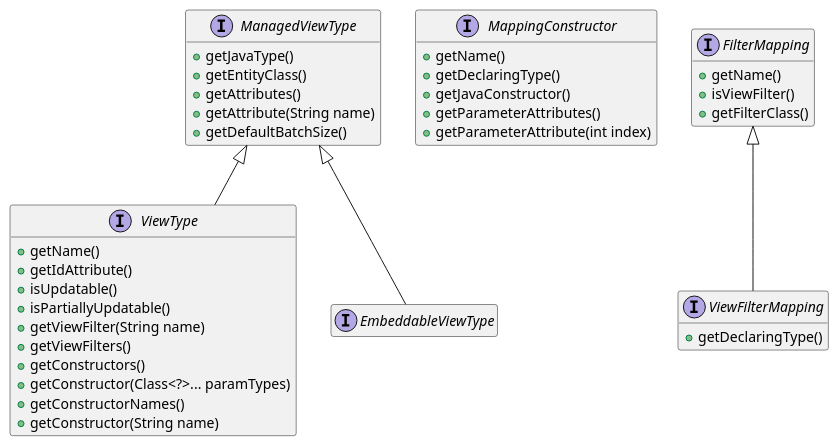
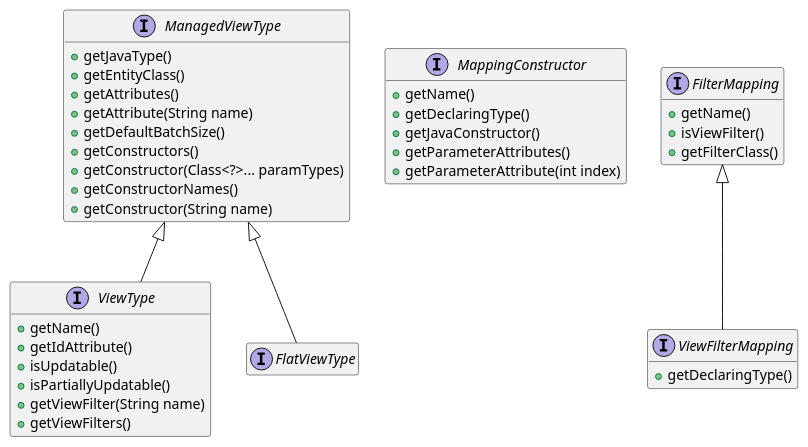
The first of 2 diagrams in documentation/src/main/asciidoc/entity-view/manual/en_US/10_metamodel.adoc (Blazebit/blaze-persistence), drawn with PlantUML before and after one commit. The commit also changed other lines of this file and 114 other files, not shown here.

Commit message:
Fixed #376 and fixed #356 - Replaced embeddable entity views with the concept of flat views. Added support for flat view ids. Implemented function type determination for #212

```diff
--- a/documentation/src/main/asciidoc/entity-view/manual/en_US/10_metamodel.adoc
+++ b/documentation/src/main/asciidoc/entity-view/manual/en_US/10_metamodel.adoc
@@ -8,45 +10,45 @@
 [plantuml, managed-view-types-diagram, alt="Managed view types class diagram", align="center", nolightbox="true"]
 ----
 interface ManagedViewType {
     +getJavaType()
     +getEntityClass()
     +getAttributes()
     +getAttribute(String name)
     +getDefaultBatchSize()
+    +getConstructors()
+    +getConstructor(Class<?>... paramTypes)
+    +getConstructorNames()
+    +getConstructor(String name)
 }
 interface ViewType {
     +getName()
     +getIdAttribute()
     +isUpdatable()
     +isPartiallyUpdatable()
     +getViewFilter(String name)
     +getViewFilters()
-    +getConstructors()
-    +getConstructor(Class<?>... paramTypes)
-    +getConstructorNames()
-    +getConstructor(String name)
 }
-interface EmbeddableViewType {
+interface FlatViewType {
 }
 interface MappingConstructor {
     +getName()
     +getDeclaringType()
     +getJavaConstructor()
     +getParameterAttributes()
     +getParameterAttribute(int index)
 }
 interface FilterMapping {
     +getName()
     +isViewFilter()
     +getFilterClass()
 }
 interface ViewFilterMapping {
     +getDeclaringType()
 }
 ManagedViewType <|-- ViewType
-ManagedViewType <|-- EmbeddableViewType
+ManagedViewType <|-- FlatViewType
 FilterMapping <|-- ViewFilterMapping
 
 hide fields
-hide EmbeddableViewType members
+hide FlatViewType members
 ----
```
